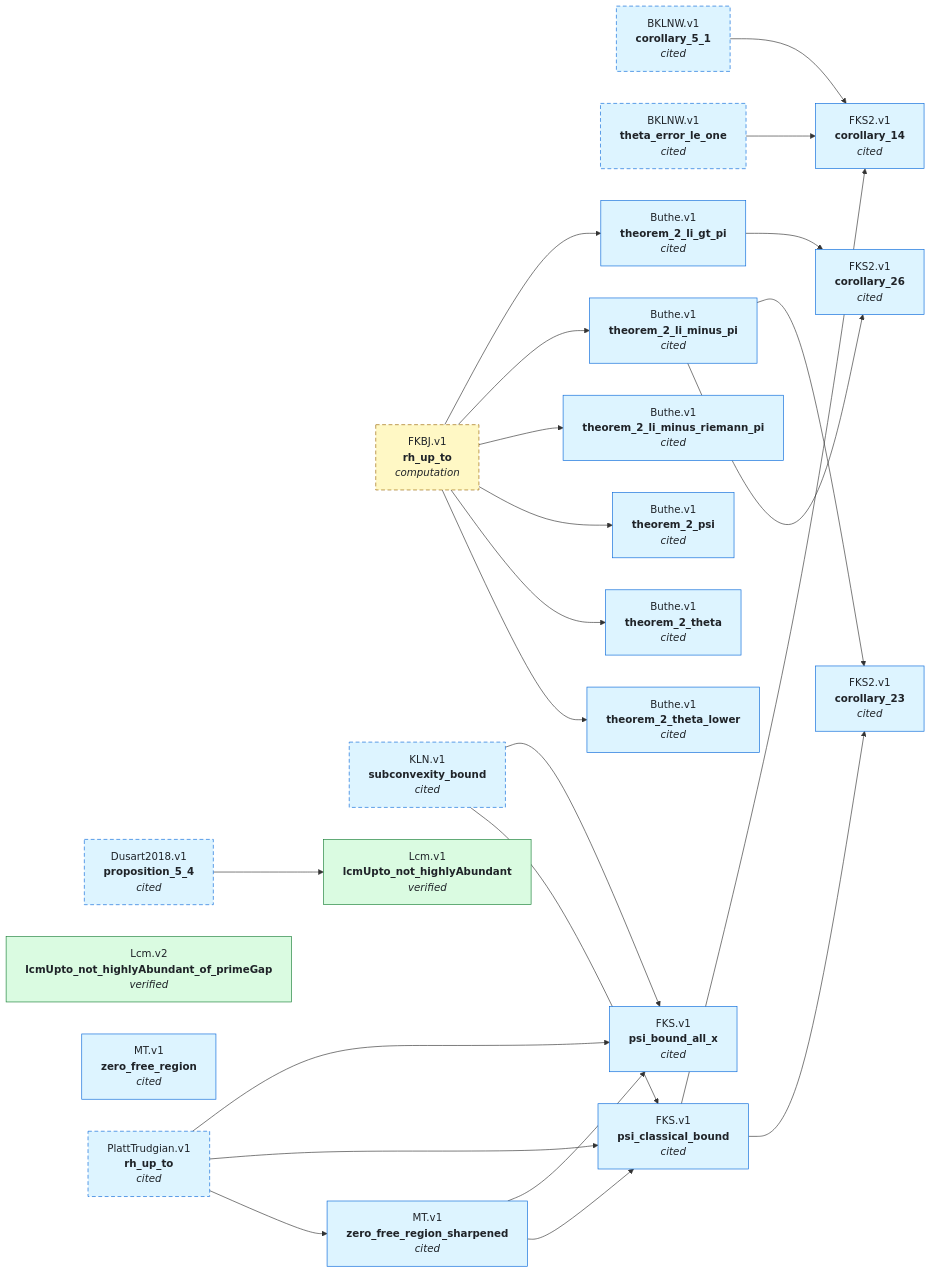
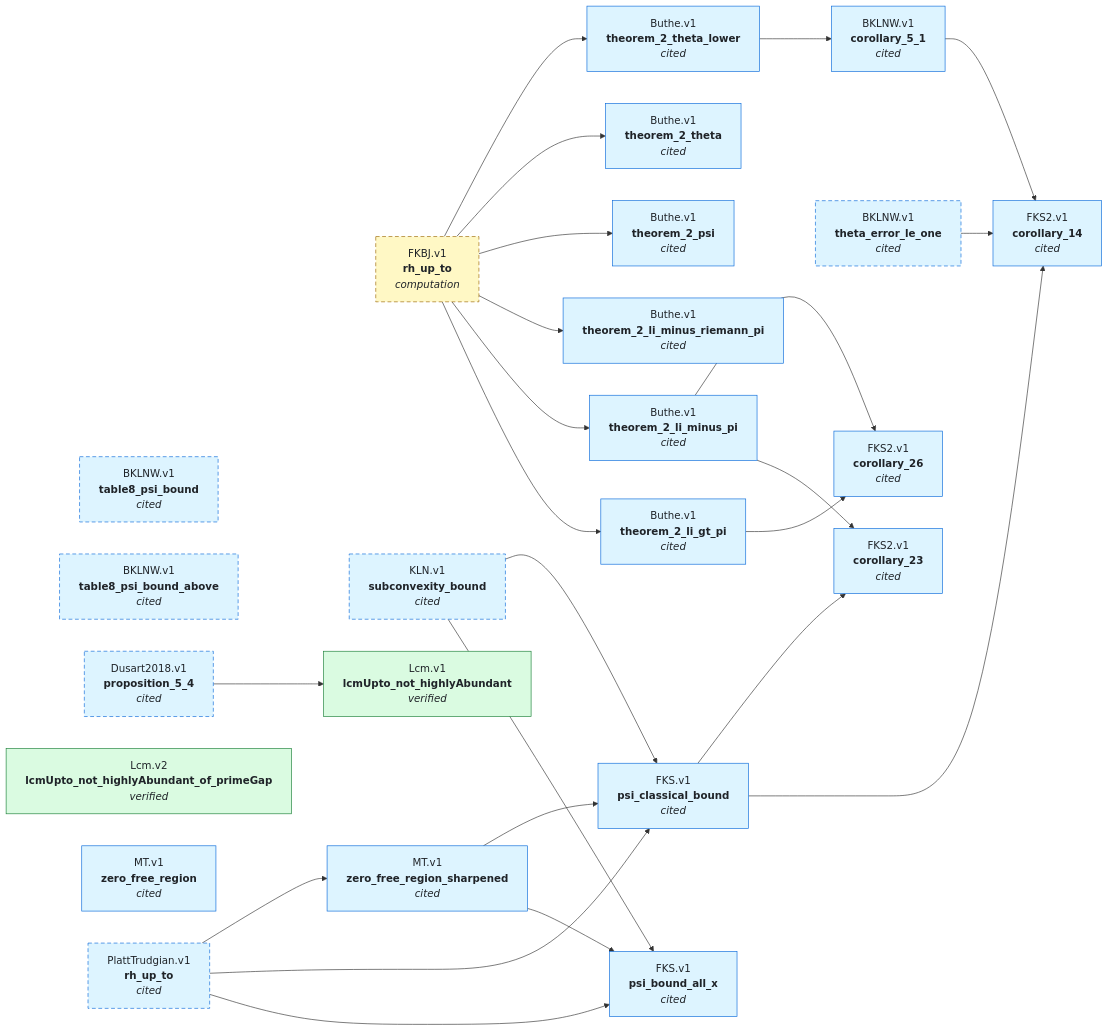
Before and after one commit to teorth/IEANTN: the diagram in GRAPH.md, drawn with Mermaid. The commit also changed other lines of this file and 9 other files, not shown here.

````diff
--- a/GRAPH.md
+++ b/GRAPH.md
@@ -18,57 +18,61 @@
 ```mermaid
 graph LR
   BKLNW_v1_corollary_5_1["BKLNW.v1<br/><b>corollary_5_1</b><br/><i>cited</i>"]
+  BKLNW_v1_table8_psi_bound["BKLNW.v1<br/><b>table8_psi_bound</b><br/><i>cited</i>"]
+  BKLNW_v1_table8_psi_bound_above["BKLNW.v1<br/><b>table8_psi_bound_above</b><br/><i>cited</i>"]
   BKLNW_v1_theta_error_le_one["BKLNW.v1<br/><b>theta_error_le_one</b><br/><i>cited</i>"]
   Buthe_v1_theorem_2_li_gt_pi["Buthe.v1<br/><b>theorem_2_li_gt_pi</b><br/><i>cited</i>"]
   Buthe_v1_theorem_2_li_minus_pi["Buthe.v1<br/><b>theorem_2_li_minus_pi</b><br/><i>cited</i>"]
   Buthe_v1_theorem_2_li_minus_riemann_pi["Buthe.v1<br/><b>theorem_2_li_minus_riemann_pi</b><br/><i>cited</i>"]
   Buthe_v1_theorem_2_psi["Buthe.v1<br/><b>theorem_2_psi</b><br/><i>cited</i>"]
   Buthe_v1_theorem_2_theta["Buthe.v1<br/><b>theorem_2_theta</b><br/><i>cited</i>"]
   Buthe_v1_theorem_2_theta_lower["Buthe.v1<br/><b>theorem_2_theta_lower</b><br/><i>cited</i>"]
   Dusart2018_v1_proposition_5_4["Dusart2018.v1<br/><b>proposition_5_4</b><br/><i>cited</i>"]
   FKBJ_v1_rh_up_to["FKBJ.v1<br/><b>rh_up_to</b><br/><i>computation</i>"]
   FKS_v1_psi_bound_all_x["FKS.v1<br/><b>psi_bound_all_x</b><br/><i>cited</i>"]
   FKS_v1_psi_classical_bound["FKS.v1<br/><b>psi_classical_bound</b><br/><i>cited</i>"]
   FKS2_v1_corollary_14["FKS2.v1<br/><b>corollary_14</b><br/><i>cited</i>"]
   FKS2_v1_corollary_23["FKS2.v1<br/><b>corollary_23</b><br/><i>cited</i>"]
   FKS2_v1_corollary_26["FKS2.v1<br/><b>corollary_26</b><br/><i>cited</i>"]
   KLN_v1_subconvexity_bound["KLN.v1<br/><b>subconvexity_bound</b><br/><i>cited</i>"]
   Lcm_v1_lcmUpto_not_highlyAbundant["Lcm.v1<br/><b>lcmUpto_not_highlyAbundant</b><br/><i>verified</i>"]
   Lcm_v2_lcmUpto_not_highlyAbundant_of_primeGap["Lcm.v2<br/><b>lcmUpto_not_highlyAbundant_of_primeGap</b><br/><i>verified</i>"]
   MT_v1_zero_free_region["MT.v1<br/><b>zero_free_region</b><br/><i>cited</i>"]
   MT_v1_zero_free_region_sharpened["MT.v1<br/><b>zero_free_region_sharpened</b><br/><i>cited</i>"]
   PlattTrudgian_v1_rh_up_to["PlattTrudgian.v1<br/><b>rh_up_to</b><br/><i>cited</i>"]
+  Buthe_v1_theorem_2_theta_lower --> BKLNW_v1_corollary_5_1
   FKBJ_v1_rh_up_to --> Buthe_v1_theorem_2_li_gt_pi
   FKBJ_v1_rh_up_to --> Buthe_v1_theorem_2_li_minus_pi
   FKBJ_v1_rh_up_to --> Buthe_v1_theorem_2_li_minus_riemann_pi
   FKBJ_v1_rh_up_to --> Buthe_v1_theorem_2_psi
   FKBJ_v1_rh_up_to --> Buthe_v1_theorem_2_theta
   FKBJ_v1_rh_up_to --> Buthe_v1_theorem_2_theta_lower
   KLN_v1_subconvexity_bound --> FKS_v1_psi_bound_all_x
   MT_v1_zero_free_region_sharpened --> FKS_v1_psi_bound_all_x
   PlattTrudgian_v1_rh_up_to --> FKS_v1_psi_bound_all_x
   KLN_v1_subconvexity_bound --> FKS_v1_psi_classical_bound
   MT_v1_zero_free_region_sharpened --> FKS_v1_psi_classical_bound
   PlattTrudgian_v1_rh_up_to --> FKS_v1_psi_classical_bound
   FKS_v1_psi_classical_bound --> FKS2_v1_corollary_14
   BKLNW_v1_corollary_5_1 --> FKS2_v1_corollary_14
   BKLNW_v1_theta_error_le_one --> FKS2_v1_corollary_14
   FKS_v1_psi_classical_bound --> FKS2_v1_corollary_23
   Buthe_v1_theorem_2_li_minus_pi --> FKS2_v1_corollary_23
   Buthe_v1_theorem_2_li_minus_pi --> FKS2_v1_corollary_26
   Buthe_v1_theorem_2_li_gt_pi --> FKS2_v1_corollary_26
   Dusart2018_v1_proposition_5_4 --> Lcm_v1_lcmUpto_not_highlyAbundant
   PlattTrudgian_v1_rh_up_to --> MT_v1_zero_free_region_sharpened
-  style BKLNW_v1_corollary_5_1 stroke-dasharray: 6 4;
+  style BKLNW_v1_table8_psi_bound stroke-dasharray: 6 4;
+  style BKLNW_v1_table8_psi_bound_above stroke-dasharray: 6 4;
   style BKLNW_v1_theta_error_le_one stroke-dasharray: 6 4;
   style Dusart2018_v1_proposition_5_4 stroke-dasharray: 6 4;
   style FKBJ_v1_rh_up_to stroke-dasharray: 6 4;
   style KLN_v1_subconvexity_bound stroke-dasharray: 6 4;
   style PlattTrudgian_v1_rh_up_to stroke-dasharray: 6 4;
   classDef lean_comparator fill:#dafbe1,stroke:#1a7f37,color:#1f2328;
   classDef literature fill:#ddf4ff,stroke:#0969da,color:#1f2328;
   classDef numerical fill:#fff8c5,stroke:#9a6700,color:#1f2328;
   class Lcm_v1_lcmUpto_not_highlyAbundant,Lcm_v2_lcmUpto_not_highlyAbundant_of_primeGap lean_comparator;
-  class BKLNW_v1_corollary_5_1,BKLNW_v1_theta_error_le_one,Buthe_v1_theorem_2_li_gt_pi,Buthe_v1_theorem_2_li_minus_pi,Buthe_v1_theorem_2_li_minus_riemann_pi,Buthe_v1_theorem_2_psi,Buthe_v1_theorem_2_theta,Buthe_v1_theorem_2_theta_lower,Dusart2018_v1_proposition_5_4,FKS_v1_psi_bound_all_x,FKS_v1_psi_classical_bound,FKS2_v1_corollary_14,FKS2_v1_corollary_23,FKS2_v1_corollary_26,KLN_v1_subconvexity_bound,MT_v1_zero_free_region,MT_v1_zero_free_region_sharpened,PlattTrudgian_v1_rh_up_to literature;
+  class BKLNW_v1_corollary_5_1,BKLNW_v1_table8_psi_bound,BKLNW_v1_table8_psi_bound_above,BKLNW_v1_theta_error_le_one,Buthe_v1_theorem_2_li_gt_pi,Buthe_v1_theorem_2_li_minus_pi,Buthe_v1_theorem_2_li_minus_riemann_pi,Buthe_v1_theorem_2_psi,Buthe_v1_theorem_2_theta,Buthe_v1_theorem_2_theta_lower,Dusart2018_v1_proposition_5_4,FKS_v1_psi_bound_all_x,FKS_v1_psi_classical_bound,FKS2_v1_corollary_14,FKS2_v1_corollary_23,FKS2_v1_corollary_26,KLN_v1_subconvexity_bound,MT_v1_zero_free_region,MT_v1_zero_free_region_sharpened,PlattTrudgian_v1_rh_up_to literature;
   class FKBJ_v1_rh_up_to numerical;
 ```
````
